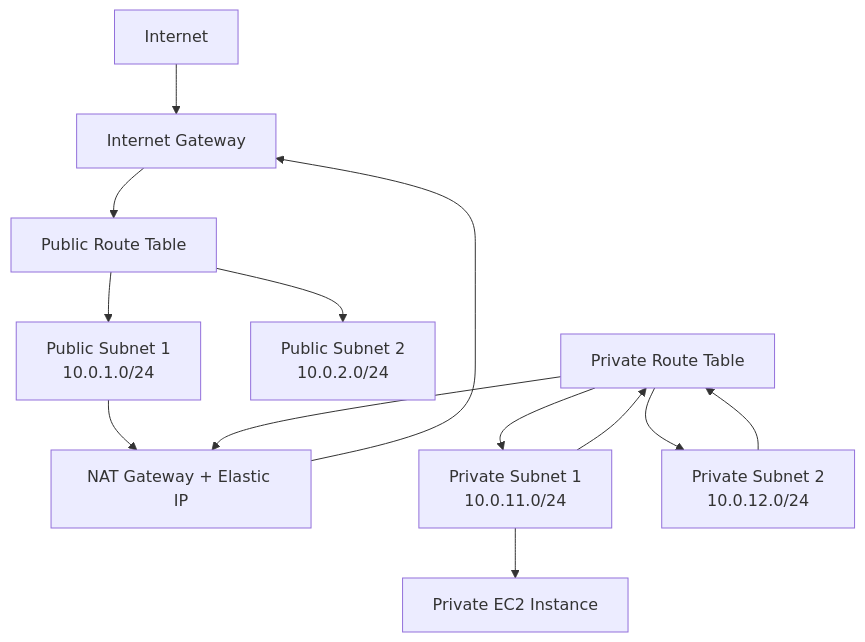
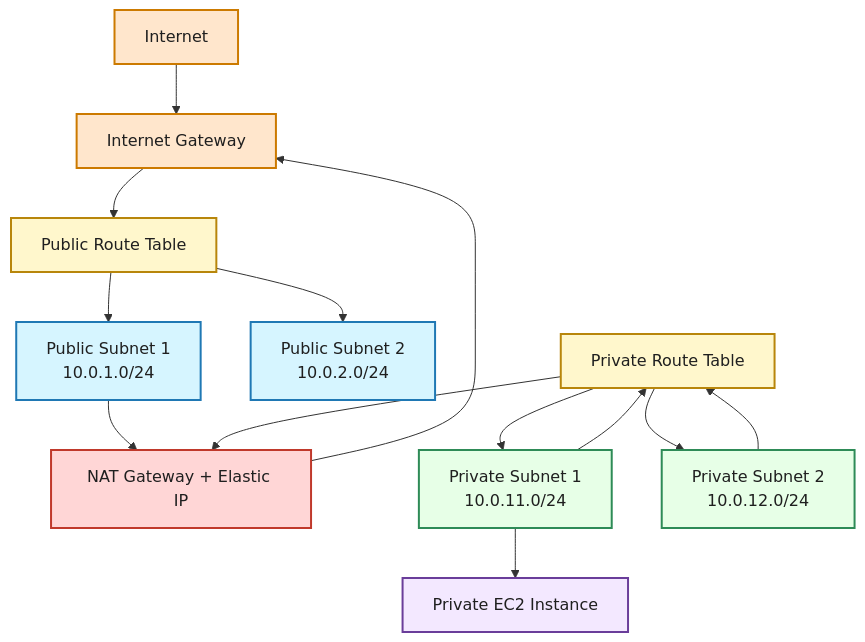
The diagram in README.md (davidugba/aws-vpc-terraform), drawn with Mermaid before and after one commit. The commit also changed other lines of this file, not shown here.

Commit message:
add architecture diagram and finalize vpc README

````diff
--- a/README.md
+++ b/README.md
@@ -14,20 +15,34 @@
 ```mermaid
 flowchart TD
   Internet[Internet] --> IGW[Internet Gateway]
 
   IGW --> PublicRT[Public Route Table]
   PublicRT --> Public1[Public Subnet 1<br/>10.0.1.0/24]
   PublicRT --> Public2[Public Subnet 2<br/>10.0.2.0/24]
 
   Public1 --> NAT[NAT Gateway + Elastic IP]
 
   PrivateRT[Private Route Table] --> Private1[Private Subnet 1<br/>10.0.11.0/24]
   PrivateRT --> Private2[Private Subnet 2<br/>10.0.12.0/24]
 
   Private1 --> EC2[Private EC2 Instance]
   Private1 --> PrivateRT
   Private2 --> PrivateRT
 
   PrivateRT --> NAT
   NAT --> IGW
+
+  classDef internet fill:#ffe6cc,stroke:#cc7a00,stroke-width:2px,color:#1f1f1f;
+  classDef public fill:#d6f5ff,stroke:#1f78b4,stroke-width:2px,color:#1f1f1f;
+  classDef private fill:#e7ffe7,stroke:#2e8b57,stroke-width:2px,color:#1f1f1f;
+  classDef compute fill:#f3e8ff,stroke:#6a3d9a,stroke-width:2px,color:#1f1f1f;
+  classDef route fill:#fff7cc,stroke:#b8860b,stroke-width:2px,color:#1f1f1f;
+  classDef nat fill:#ffd6d6,stroke:#c0392b,stroke-width:2px,color:#1f1f1f;
+
+  class Internet,IGW internet;
+  class Public1,Public2 public;
+  class Private1,Private2 private;
+  class EC2 compute;
+  class PublicRT,PrivateRT route;
+  class NAT nat;
 ```
````
